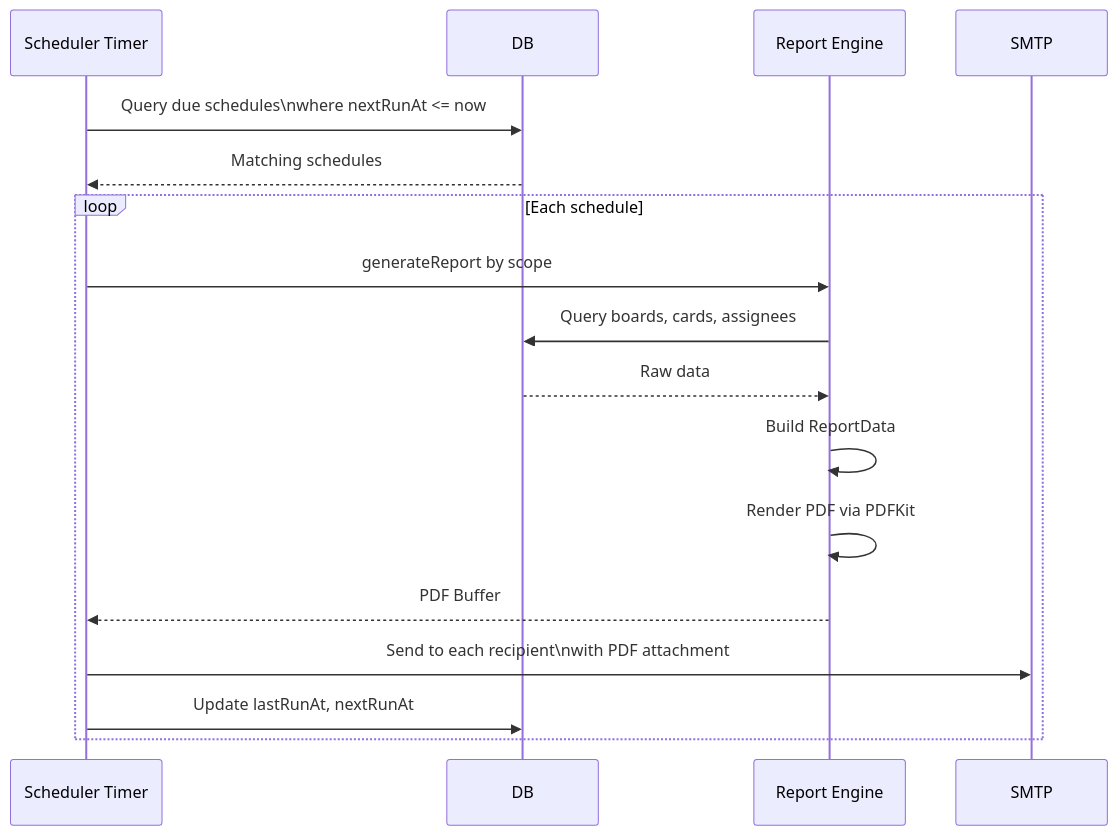
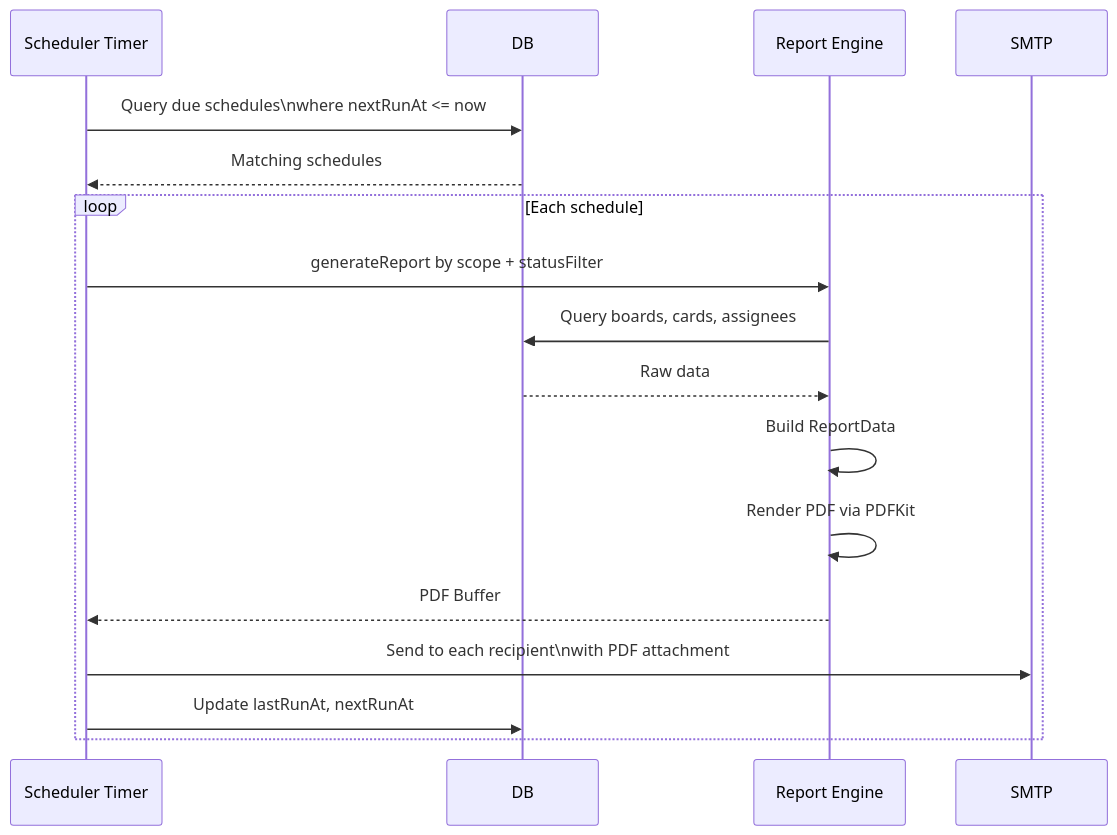
The seventh of 7 diagrams in docs/backup-reporting.md (gitBoon/DumpFire), drawn with Mermaid before and after one commit. The commit also changed other lines of this file and 14 other files, not shown here.

First line of the commit message:
feat: add status filter to reports and comments API

````diff
--- a/docs/backup-reporting.md
+++ b/docs/backup-reporting.md
@@ -217,21 +265,21 @@
 ```mermaid
 sequenceDiagram
     participant Timer as Scheduler Timer
     participant DB
     participant Engine as Report Engine
     participant SMTP
 
     Timer->>DB: Query due schedules\nwhere nextRunAt <= now
     DB-->>Timer: Matching schedules
     
     loop Each schedule
-        Timer->>Engine: generateReport by scope
+        Timer->>Engine: generateReport by scope + statusFilter
         Engine->>DB: Query boards, cards, assignees
         DB-->>Engine: Raw data
         Engine->>Engine: Build ReportData
         Engine->>Engine: Render PDF via PDFKit
         Engine-->>Timer: PDF Buffer
         Timer->>SMTP: Send to each recipient\nwith PDF attachment
         Timer->>DB: Update lastRunAt, nextRunAt
     end
 ```
````
